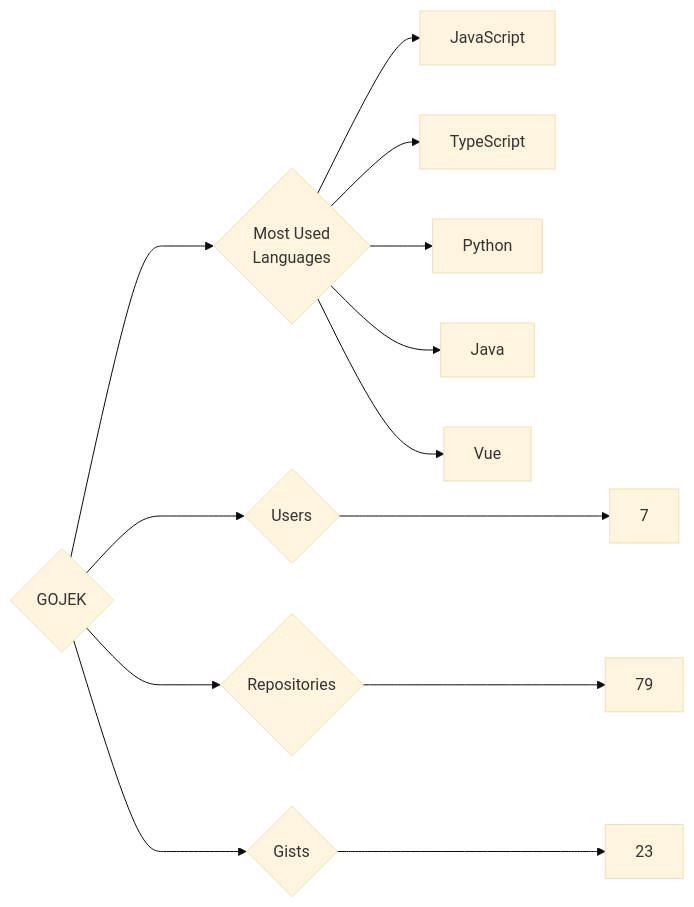
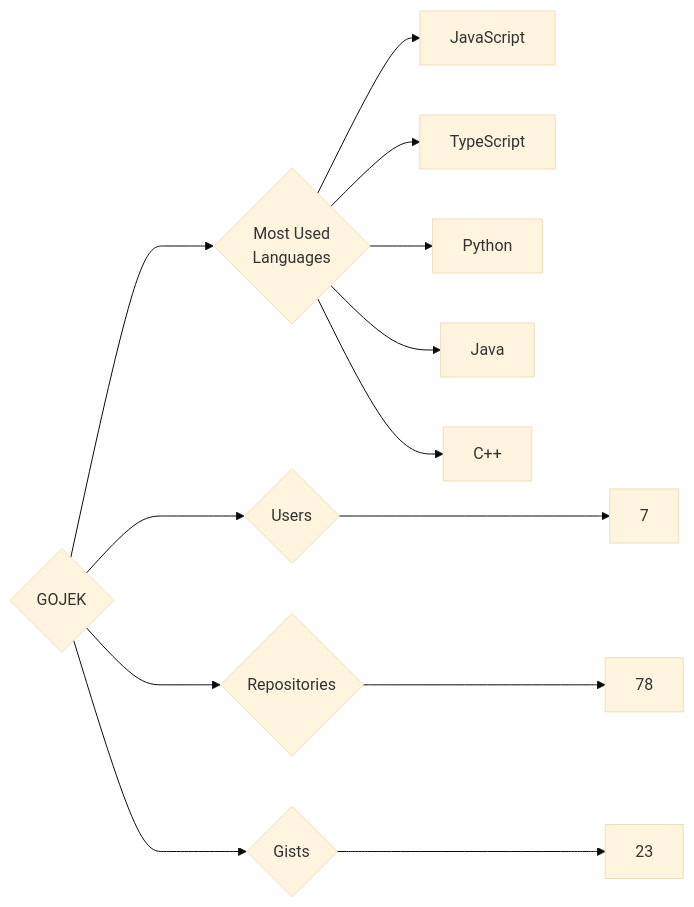
Before and after one commit to trickest/insiders: the diagram in targets/GOJEK/README.md, drawn with Mermaid (base theme). The commit also changed 1023 other files, not shown here.

````diff
--- a/targets/GOJEK/README.md
+++ b/targets/GOJEK/README.md
@@ -3,13 +3,13 @@
 ```mermaid
 graph LR
 COMPANY_NAME{GOJEK}
 COMPANY_NAME ---> U{Users} ---> UN[7]
-COMPANY_NAME ---> R{Repositories} ---> RN[79]
+COMPANY_NAME ---> R{Repositories} ---> RN[78]
 COMPANY_NAME ---> G{Gists} ---> GN[23]
 COMPANY_NAME ---> ML{Most Used<br>Languages}
 ML --> JavaScript[JavaScript]
 ML --> TypeScript[TypeScript]
 ML --> Python[Python]
 ML --> Java[Java]
-ML --> Vue[Vue]
+ML --> C++[C++]
 ```
````
